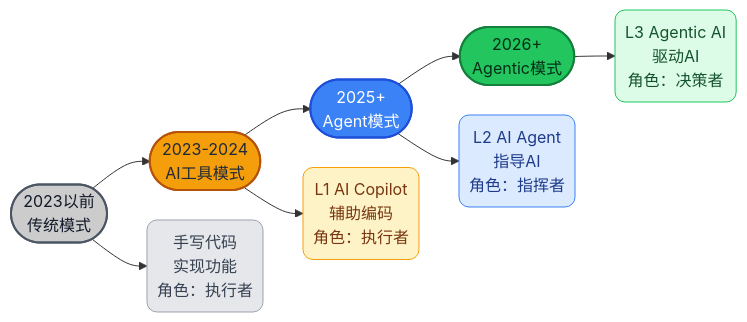
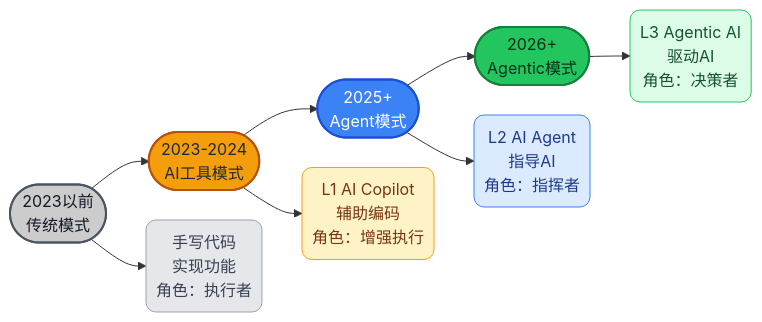
One commit to microwind/algorithms changed the first of 5 diagrams in start-here/Why-Programmers-35-Plus-Are-Thriving-in-AI-Era.md. Above: the diagram before and after it, drawn with Mermaid. The commit also changed other lines of this file and 2 other files, not shown here.

````diff
--- a/start-here/Why-Programmers-35-Plus-Are-Thriving-in-AI-Era.md
+++ b/start-here/Why-Programmers-35-Plus-Are-Thriving-in-AI-Era.md
@@ -31,30 +23,30 @@
 ```mermaid
 %%{init: {'flowchart': {'nodeSpacing': 30, 'rankSpacing': 40, 'padding': 10}}}%%
 graph LR
 
     %% ===== 时间线主线 =====
     P(["2023以前<br/>传统模式"]) --> Q(["2023-2024<br/>AI工具模式"]) --> R(["2025+<br/>Agent模式"]) --> S(["2026+<br/>Agentic模式"])
 
     %% ===== 核心能力纵向显示 =====
     P1("手写代码<br/>实现功能<br/>角色：执行者")
-    Q1("L1 AI Copilot<br/>辅助编码<br/>角色：执行者")
+    Q1("L1 AI Copilot<br/>辅助编码<br/>角色：增强执行")
     R1("L2 AI Agent<br/>指导AI<br/>角色：指挥者")
     S1("L3 Agentic AI<br/>驱动AI<br/>角色：决策者")
 
     P --> P1
     Q --> Q1
     R --> R1
     S --> S1
 
     %% ===== 主节点（更深色，更突出阶段）=====
     style P fill:#ccc,stroke:#4B5563,color:#111827,stroke-width:2px,rx:12,ry:12
     style Q fill:#F59E0B,stroke:#B45309,color:#1F2937,stroke-width:2px,rx:12,ry:12
     style R fill:#3B82F6,stroke:#1D4ED8,color:#ffffff,stroke-width:2px,rx:12,ry:12
     style S fill:#22C55E,stroke:#15803D,color:#052e16,stroke-width:2px,rx:12,ry:12
 
     %% ===== 子节点（同色系浅色，形成层级）=====
     style P1 fill:#E5E7EB,stroke:#9CA3AF,color:#374151,rx:10,ry:10
     style Q1 fill:#FEF3C7,stroke:#F59E0B,color:#78350F,rx:10,ry:10
     style R1 fill:#DBEAFE,stroke:#3B82F6,color:#1E3A8A,rx:10,ry:10
     style S1 fill:#DCFCE7,stroke:#22C55E,color:#14532D,rx:10,ry:10
 ```
````
